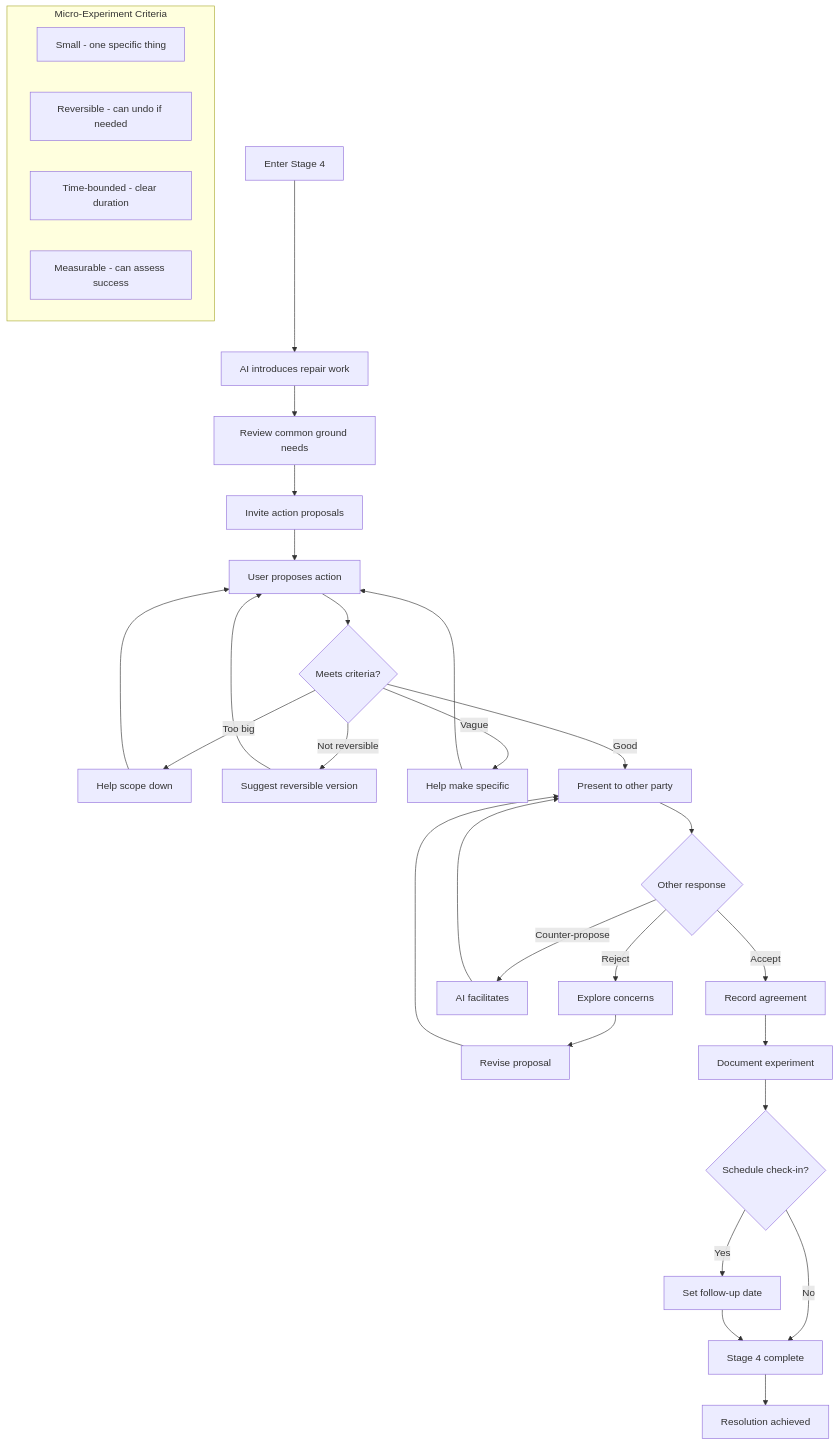
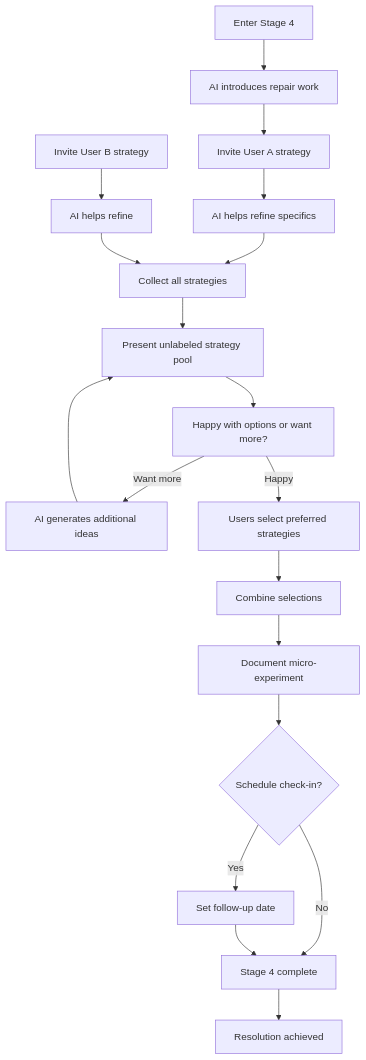
Before and after one commit to shantamg/meet-without-fear: the first of 5 diagrams in docs/mvp-planning/plans/stages/stage-4-strategic-repair.md, drawn with Mermaid. The commit also changed other lines of this file and 6 other files, not shown here.

````diff
--- a/docs/mvp-planning/plans/stages/stage-4-strategic-repair.md
+++ b/docs/mvp-planning/plans/stages/stage-4-strategic-repair.md
@@ -17,40 +33,28 @@
 ```mermaid
 flowchart TD
     Enter[Enter Stage 4] --> Intro[AI introduces repair work]
-    Intro --> Review[Review common ground needs]
-    Review --> Invite[Invite action proposals]
+    Intro --> InviteA[Invite User A strategy]
+    InviteA --> RefineA[AI helps refine specifics]
 
-    Invite --> Propose[User proposes action]
+    InviteB[Invite User B strategy] --> RefineB[AI helps refine]
 
-    subgraph Criteria[Micro-Experiment Criteria]
-        C1[Small - one specific thing]
-        C2[Reversible - can undo if needed]
-        C3[Time-bounded - clear duration]
-        C4[Measurable - can assess success]
-    end
+    RefineA --> Collect[Collect all strategies]
+    RefineB --> Collect
 
-    Propose --> Check{Meets criteria?}
-    Check -->|Too big| Smaller[Help scope down]
-    Smaller --> Propose
-    Check -->|Not reversible| Adjust[Suggest reversible version]
-    Adjust --> Propose
-    Check -->|Vague| Clarify[Help make specific]
-    Clarify --> Propose
-    Check -->|Good| ToOther[Present to other party]
+    Collect --> Present[Present unlabeled strategy pool]
+    Present --> Question[Happy with options or want more?]
 
-    ToOther --> Response{Other response}
-    Response -->|Accept| Agreed[Record agreement]
-    Response -->|Counter-propose| Negotiate[AI facilitates]
-    Negotiate --> ToOther
-    Response -->|Reject| WhyReject[Explore concerns]
-    WhyReject --> Revise[Revise proposal]
-    Revise --> ToOther
+    Question -->|Want more| Generate[AI generates additional ideas]
+    Generate --> Present
 
-    Agreed --> Document[Document experiment]
+    Question -->|Happy| Select[Users select preferred strategies]
+    Select --> Combine[Combine selections]
+    Combine --> Document[Document micro-experiment]
+
     Document --> FollowUp{Schedule check-in?}
     FollowUp -->|Yes| Schedule[Set follow-up date]
     FollowUp -->|No| Complete[Stage 4 complete]
     Schedule --> Complete
 
     Complete --> Resolution[Resolution achieved]
 ```
````
